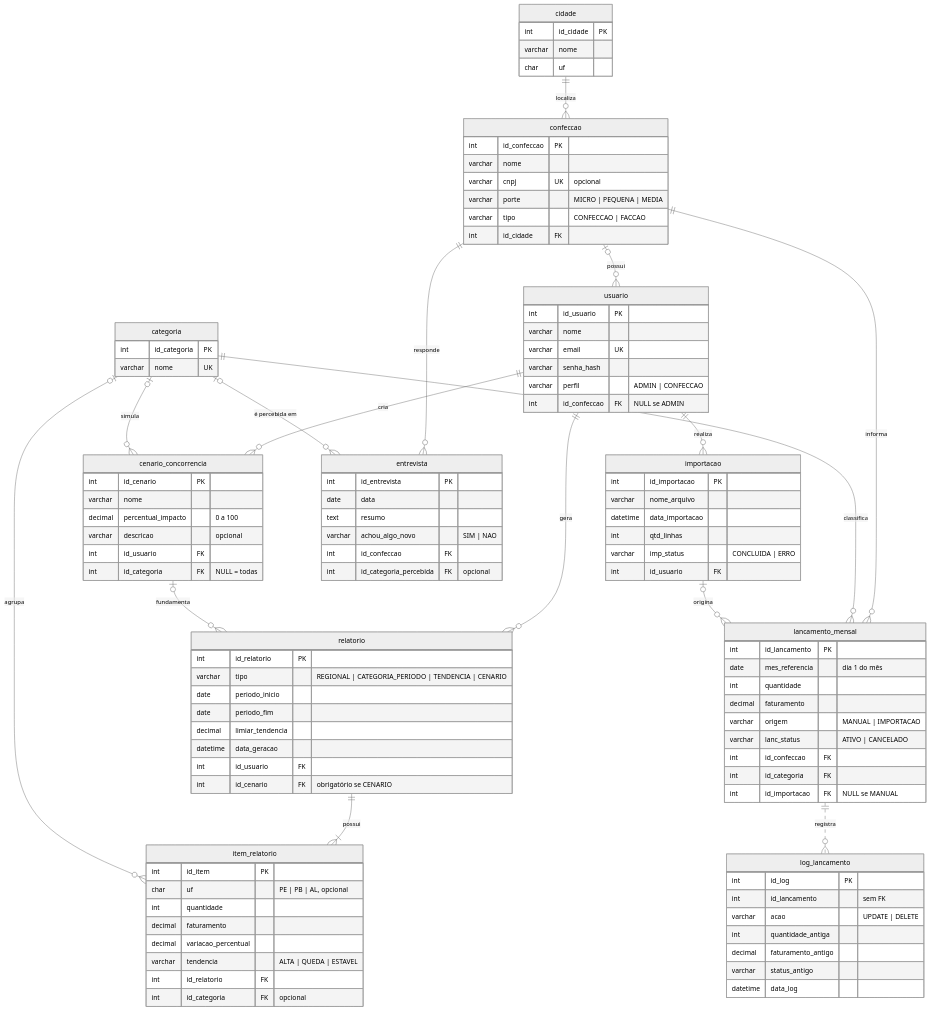
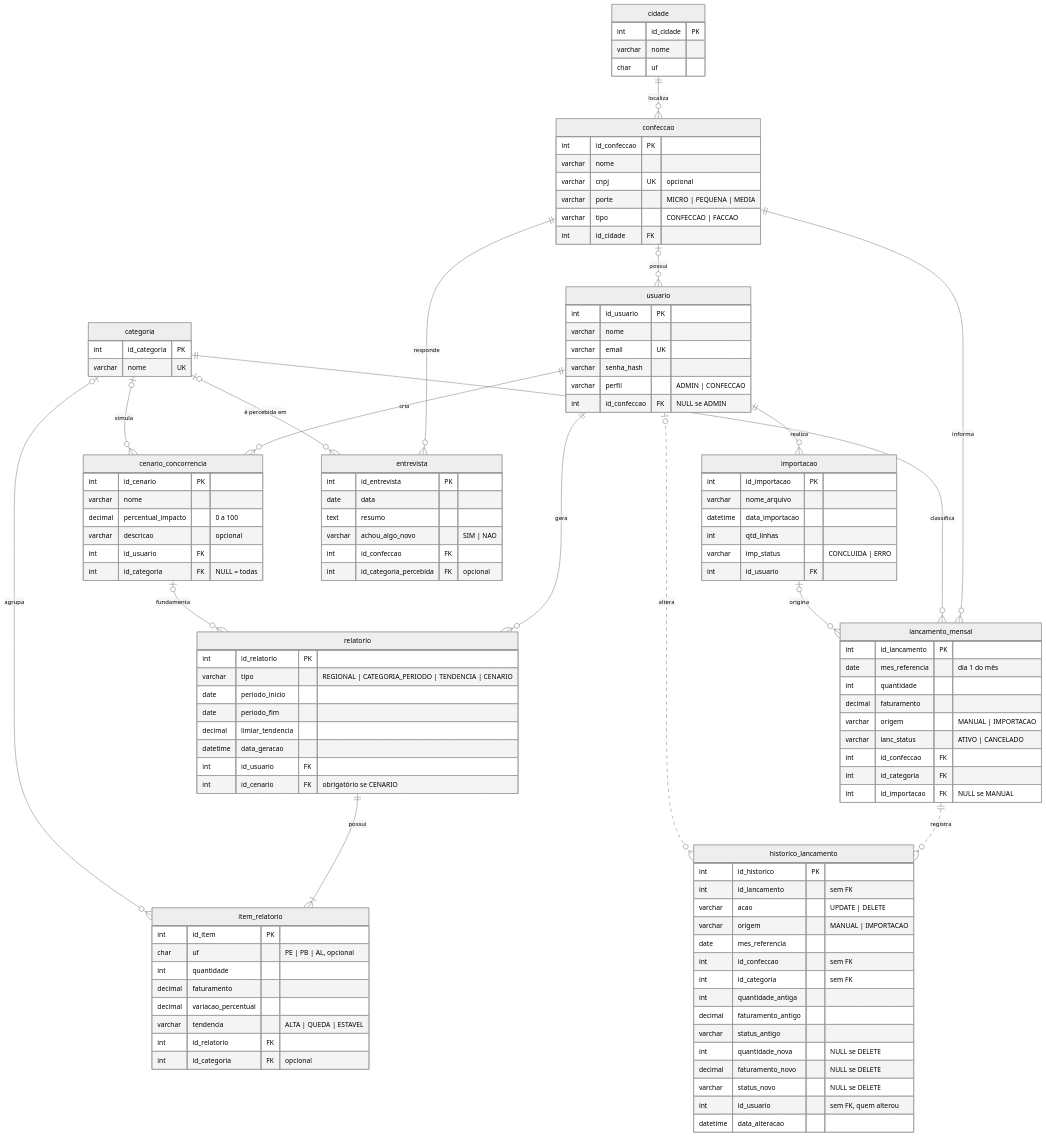
Before and after one commit to AstralCommits/Banco-de-Dados: the second of 2 diagrams in README.md, drawn with Mermaid (neutral theme). The commit also changed other lines of this file and 10 other files, not shown here.

````diff
--- a/README.md
+++ b/README.md
@@ -59,7 +60,8 @@
     categoria            |o--o{ item_relatorio       : agrupa
     confeccao            ||--o{ entrevista           : responde
     categoria            |o--o{ entrevista           : "é percebida em"
-    lancamento_mensal    ||..o{ log_lancamento       : registra
+    lancamento_mensal    ||..o{ historico_lancamento : registra
+    usuario              |o..o{ historico_lancamento : altera
 
     cidade {
         int     id_cidade PK
@@ -141,13 +143,21 @@
         int     id_confeccao FK
         int     id_categoria_percebida FK "opcional"
     }
-    log_lancamento {
-        int       id_log PK
+    historico_lancamento {
+        int       id_historico PK
         int       id_lancamento "sem FK"
         varchar   acao "UPDATE | DELETE"
+        varchar   origem "MANUAL | IMPORTACAO"
+        date      mes_referencia
+        int       id_confeccao "sem FK"
+        int       id_categoria "sem FK"
         int       quantidade_antiga
         decimal   faturamento_antigo
         varchar   status_antigo
-        datetime  data_log
+        int       quantidade_nova "NULL se DELETE"
+        decimal   faturamento_novo "NULL se DELETE"
+        varchar   status_novo "NULL se DELETE"
+        int       id_usuario "sem FK, quem alterou"
+        datetime  data_alteracao
     }
 ```
````
